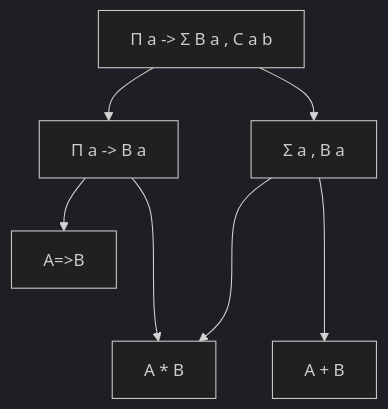
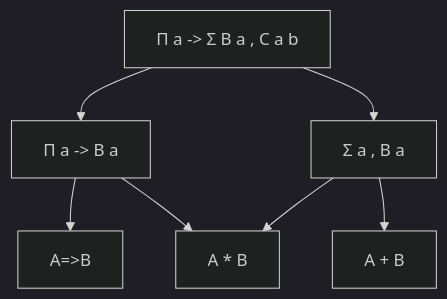
One commit to dancewithheart/agda-trio changed the first of 2 diagrams in README.md. Above: the diagram before and after it, drawn with Mermaid (dark theme). The commit also changed other lines of this file, not shown here.

Commit message:
cleanup mermaid diagrams

````diff
--- a/README.md
+++ b/README.md
@@ -12,9 +10,9 @@
 ```mermaid
 flowchart TB
   PiSigma[Π a -> Σ B a , C a b]-->PI[Π a -> B a]
   PiSigma-->Sigma[Σ a , B a]
   PI --> Function[A=>B]
-  PI ---> Product[A * B]
-  Sigma ---> Product
-  Sigma ---> Sum[A + B]
+  PI --> Product[A * B]
+  Sigma --> Product
+  Sigma --> Sum[A + B]
 ```
````
